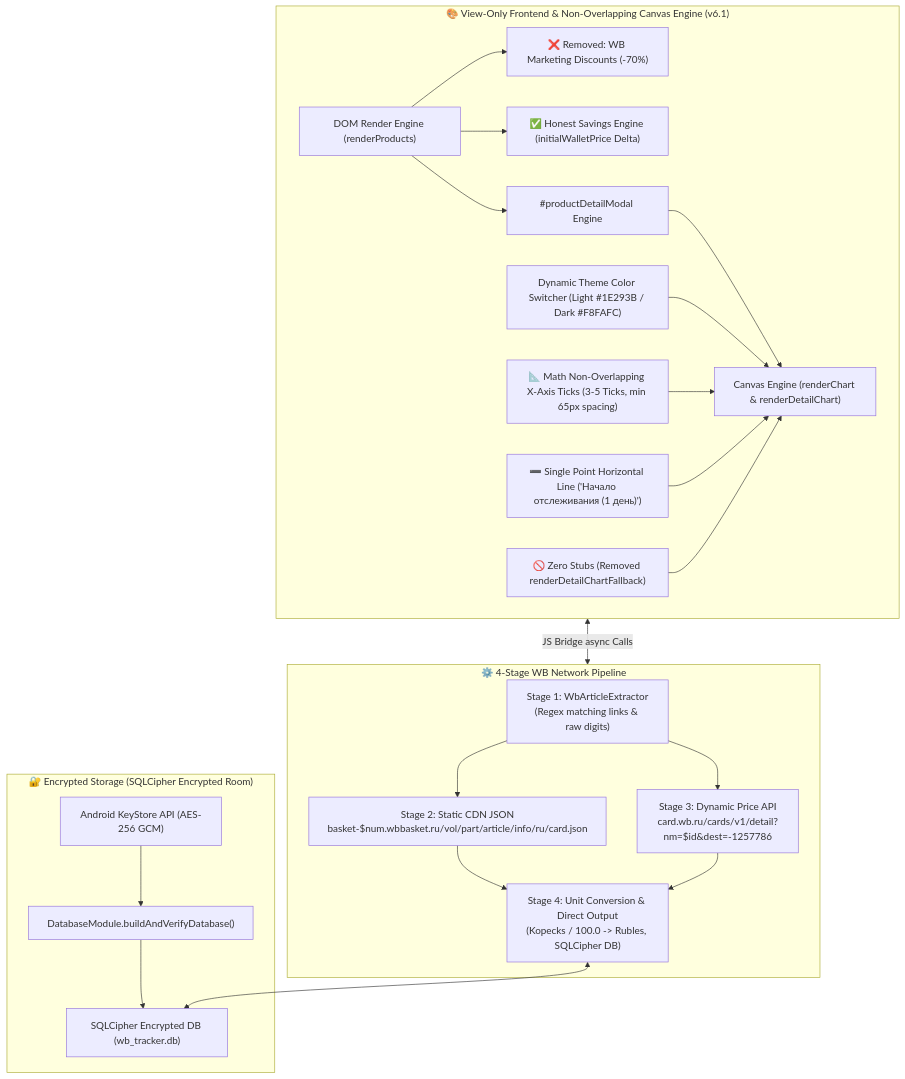
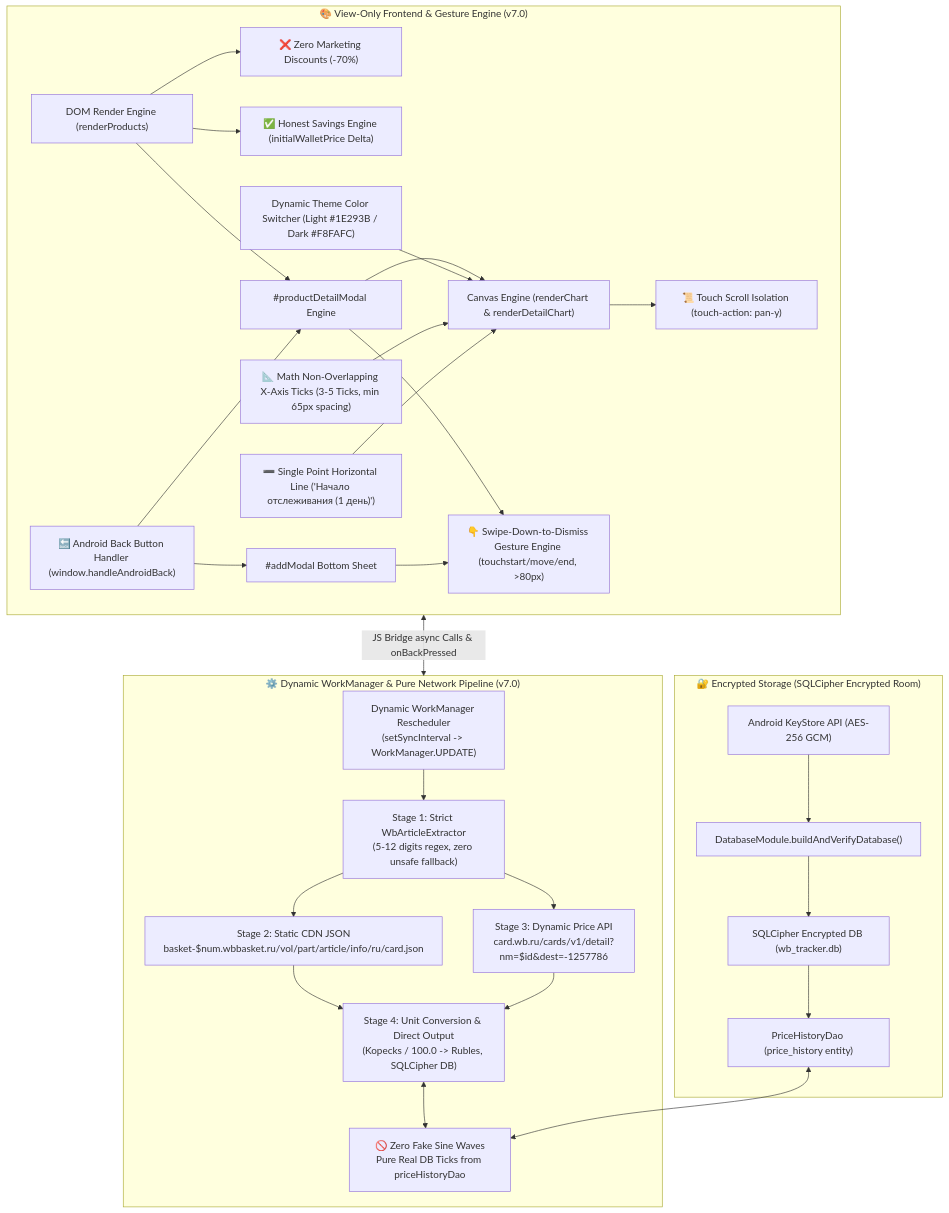
Before and after one commit to YuNoons/wbtracker: the first of 4 diagrams in architecture_plan.md, drawn with Mermaid. The commit also changed other lines of this file and 9 other files, not shown here.

Commit message:
feat: релиз WB Tracker v1.2 — синхронизация WorkManager, 60 FPS GPU-анимации, валидация артикулов 5-12 цифр и полный технический аудит

````diff
--- a/architecture_plan.md
+++ b/architecture_plan.md
@@ -16,49 +16,64 @@
 ```mermaid
 graph TD
-    subgraph ViewOnlyFrontend ["🎨 View-Only Frontend & Non-Overlapping Canvas Engine (v6.1)"]
+    subgraph ViewOnlyFrontend ["🎨 View-Only Frontend & Gesture Engine (v7.0)"]
         UI["DOM Render Engine (renderProducts)"]
-        NoFakeDiscount["❌ Removed: WB Marketing Discounts (-70%)"]
+        NoFakeDiscount["❌ Zero Marketing Discounts (-70%)"]
         HonestSavings["✅ Honest Savings Engine (initialWalletPrice Delta)"]
         
         ModalUI["#productDetailModal Engine"]
+        SheetUI["#addModal Bottom Sheet"]
         
         ChartEngine["Canvas Engine (renderChart & renderDetailChart)"]
+        ScrollIso["📜 Touch Scroll Isolation (touch-action: pan-y)"]
         ThemeDetector["Dynamic Theme Color Switcher (Light #1E293B / Dark #F8FAFC)"]
         NonOverlapX["📐 Math Non-Overlapping X-Axis Ticks (3-5 Ticks, min 65px spacing)"]
         SinglePointLine["➖ Single Point Horizontal Line ('Начало отслеживания (1 день)')"]
-        PureNoStubs["🚫 Zero Stubs (Removed renderDetailChartFallback)"]
+
+        BackHandler["🔙 Android Back Button Handler (window.handleAndroidBack)"]
+        SwipeDismiss["👇 Swipe-Down-to-Dismiss Gesture Engine (touchstart/move/end, >80px)"]
 
         UI --> NoFakeDiscount
         UI --> HonestSavings
         UI --> ModalUI
         ModalUI --> ChartEngine
+        ChartEngine --> ScrollIso
         ThemeDetector --> ChartEngine
         NonOverlapX --> ChartEngine
         SinglePointLine --> ChartEngine
-        PureNoStubs --> ChartEngine
+        ModalUI --> SwipeDismiss
+        SheetUI --> SwipeDismiss
+        BackHandler --> ModalUI
+        BackHandler --> SheetUI
     end
 
-    subgraph PipelineBackend ["⚙️ 4-Stage WB Network Pipeline"]
-        Stage1["Stage 1: WbArticleExtractor\n(Regex matching links & raw digits)"]
+    subgraph PipelineBackend ["⚙️ Dynamic WorkManager & Pure Network Pipeline (v7.0)"]
+        SyncBridge["Dynamic WorkManager Rescheduler\n(setSyncInterval -> WorkManager.UPDATE)"]
+        Stage1["Stage 1: Strict WbArticleExtractor\n(5-12 digits regex, zero unsafe fallback)"]
         Stage2["Stage 2: Static CDN JSON\nbasket-$num.wbbasket.ru/vol/part/article/info/ru/card.json"]
         Stage3["Stage 3: Dynamic Price API\ncard.wb.ru/cards/v1/detail?nm=$id&dest=-1257786"]
         Stage4["Stage 4: Unit Conversion & Direct Output\n(Kopecks / 100.0 -> Rubles, SQLCipher DB)"]
+        
+        RealHistoryBridge["🚫 Zero Fake Sine Waves\nPure Real DB Ticks from priceHistoryDao"]
 
+        SyncBridge --> Stage1
         Stage1 --> Stage2
         Stage1 --> Stage3
         Stage2 --> Stage4
         Stage3 --> Stage4
+        Stage4 <--> RealHistoryBridge
     end
 
     subgraph SecurityStorage ["🔐 Encrypted Storage (SQLCipher Encrypted Room)"]
         KeyStore["Android KeyStore API (AES-256 GCM)"]
         SelfHealing["DatabaseModule.buildAndVerifyDatabase()"]
         SQLCipher["SQLCipher Encrypted DB (wb_tracker.db)"]
+        PriceHistoryTable["PriceHistoryDao (price_history entity)"]
         
         KeyStore --> SelfHealing
         SelfHealing --> SQLCipher
-        Stage4 <--> SQLCipher
+        SQLCipher --> PriceHistoryTable
+        PriceHistoryTable <--> RealHistoryBridge
     end
 
-    ViewOnlyFrontend <-->|"JS Bridge async Calls"| PipelineBackend
+    ViewOnlyFrontend <-->|"JS Bridge async Calls & onBackPressed"| PipelineBackend
 ```
````
